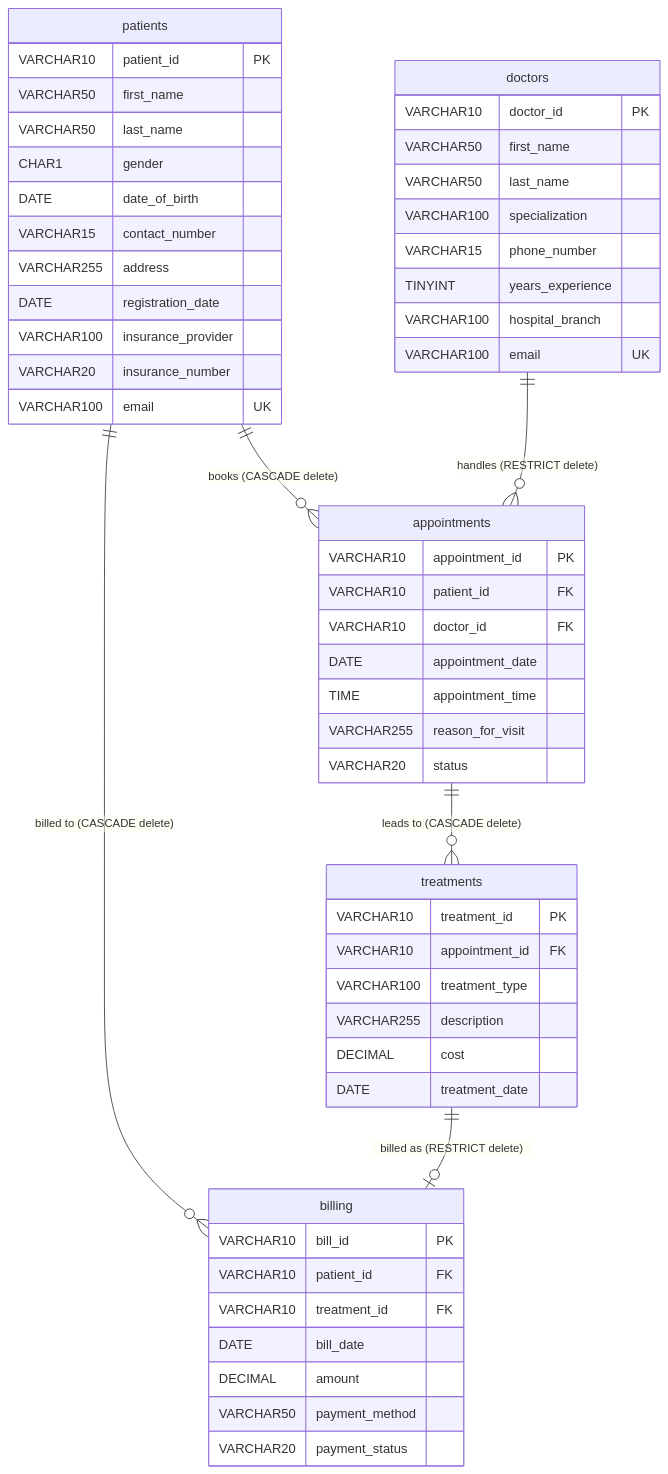
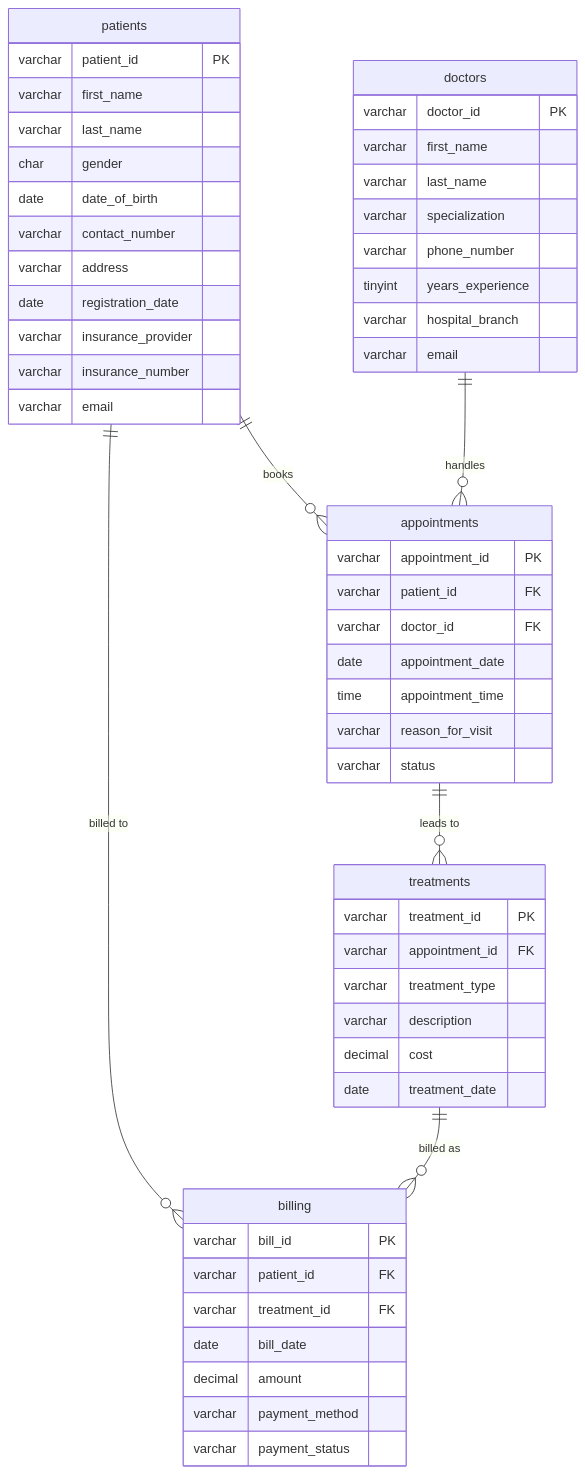
Diagram 11 of 15 in PROJECT_DOCUMENTATION.md (PampariNaresh/healthcare-data-platform), drawn with Mermaid before and after one commit. The commit also changed other lines of this file, not shown here.

First line of the commit message:
fix: correct Mermaid erDiagram syntax for GitHub rendering

````diff
--- a/PROJECT_DOCUMENTATION.md
+++ b/PROJECT_DOCUMENTATION.md
@@ -1185,62 +1185,62 @@
 ```mermaid
 erDiagram
     patients {
-        VARCHAR10  patient_id        PK
-        VARCHAR50  first_name
-        VARCHAR50  last_name
-        CHAR1      gender
-        DATE       date_of_birth
-        VARCHAR15  contact_number
-        VARCHAR255 address
-        DATE       registration_date
-        VARCHAR100 insurance_provider
-        VARCHAR20  insurance_number
-        VARCHAR100 email             UK
+        varchar patient_id PK
+        varchar first_name
+        varchar last_name
+        char    gender
+        date    date_of_birth
+        varchar contact_number
+        varchar address
+        date    registration_date
+        varchar insurance_provider
+        varchar insurance_number
+        varchar email
     }
 
     doctors {
-        VARCHAR10  doctor_id         PK
-        VARCHAR50  first_name
-        VARCHAR50  last_name
-        VARCHAR100 specialization
-        VARCHAR15  phone_number
-        TINYINT    years_experience
-        VARCHAR100 hospital_branch
-        VARCHAR100 email             UK
+        varchar  doctor_id PK
+        varchar  first_name
+        varchar  last_name
+        varchar  specialization
+        varchar  phone_number
+        tinyint  years_experience
+        varchar  hospital_branch
+        varchar  email
     }
 
     appointments {
-        VARCHAR10  appointment_id    PK
-        VARCHAR10  patient_id        FK
-        VARCHAR10  doctor_id         FK
-        DATE       appointment_date
-        TIME       appointment_time
-        VARCHAR255 reason_for_visit
-        VARCHAR20  status
+        varchar appointment_id PK
+        varchar patient_id FK
+        varchar doctor_id FK
+        date    appointment_date
+        time    appointment_time
+        varchar reason_for_visit
+        varchar status
     }
 
     treatments {
-        VARCHAR10  treatment_id      PK
-        VARCHAR10  appointment_id    FK
-        VARCHAR100 treatment_type
-        VARCHAR255 description
-        DECIMAL    cost
-        DATE       treatment_date
+        varchar treatment_id PK
+        varchar appointment_id FK
+        varchar treatment_type
+        varchar description
+        decimal cost
+        date    treatment_date
     }
 
     billing {
-        VARCHAR10  bill_id           PK
-        VARCHAR10  patient_id        FK
-        VARCHAR10  treatment_id      FK
-        DATE       bill_date
-        DECIMAL    amount
-        VARCHAR50  payment_method
-        VARCHAR20  payment_status
+        varchar bill_id PK
+        varchar patient_id FK
+        varchar treatment_id FK
+        date    bill_date
+        decimal amount
+        varchar payment_method
+        varchar payment_status
     }
 
-    patients      ||--o{ appointments : "books (CASCADE delete)"
-    doctors       ||--o{ appointments : "handles (RESTRICT delete)"
-    appointments  ||--o{ treatments   : "leads to (CASCADE delete)"
-    patients      ||--o{ billing      : "billed to (CASCADE delete)"
-    treatments    ||--o| billing      : "billed as (RESTRICT delete)"
+    patients     ||--o{ appointments : "books"
+    doctors      ||--o{ appointments : "handles"
+    appointments ||--o{ treatments   : "leads to"
+    patients     ||--o{ billing      : "billed to"
+    treatments   ||--o{ billing      : "billed as"
 ```
````
